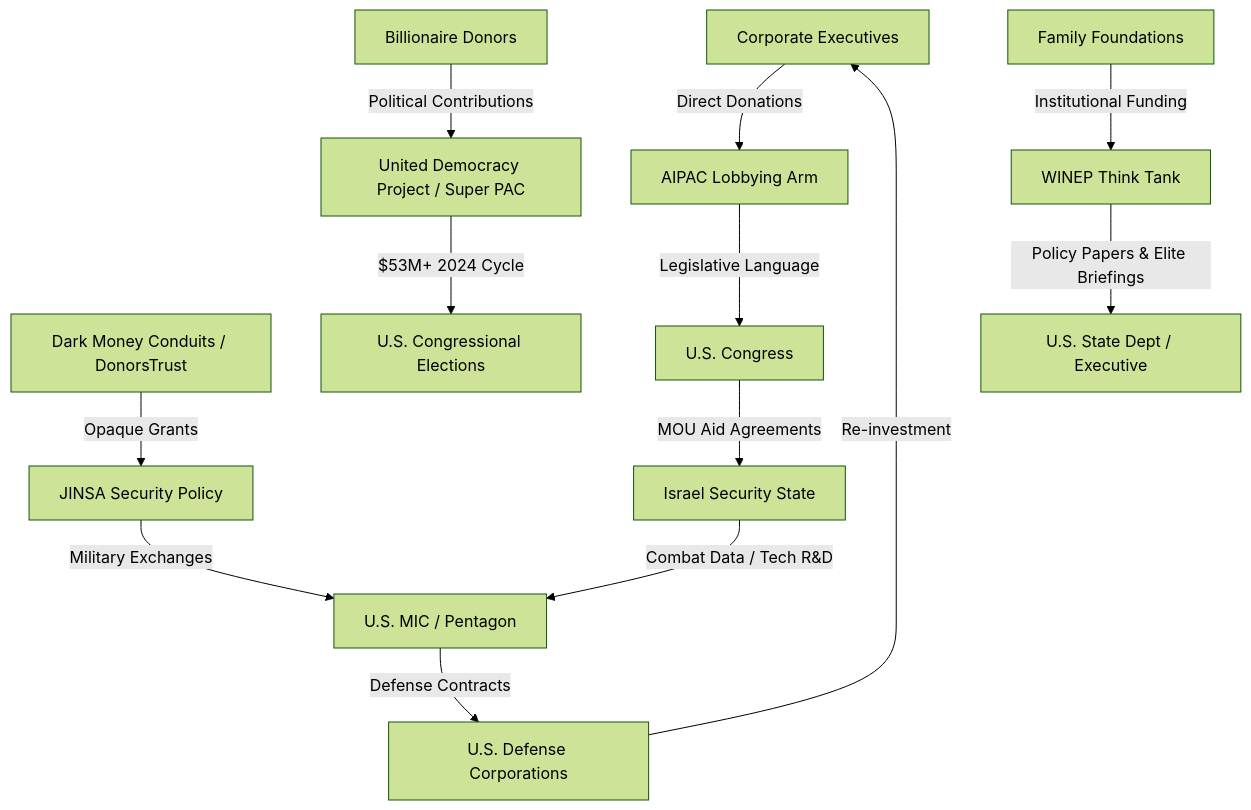
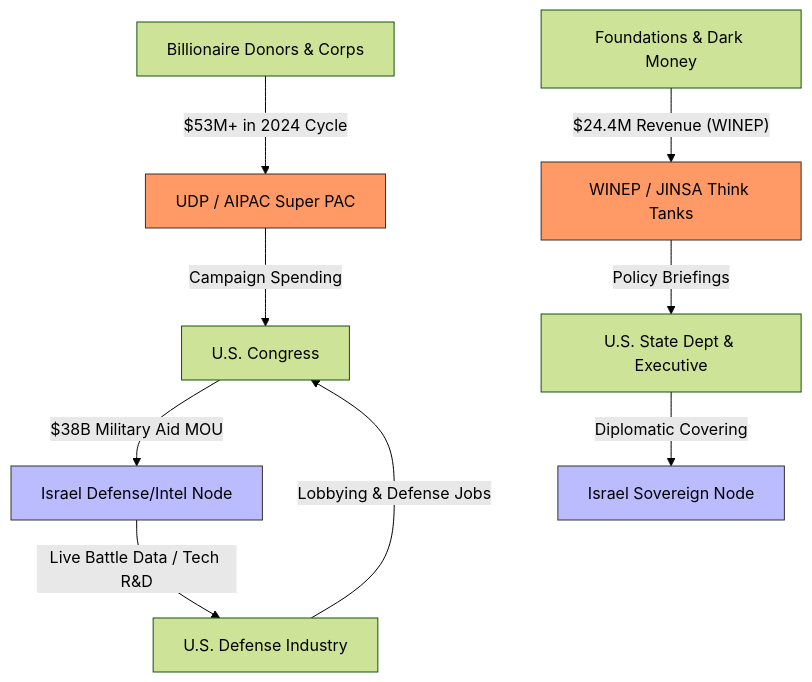
The diagram in knowledge_base/case-studies/09-zionism.md (ravaioli/solarpunk-mandala), drawn with Mermaid (forest theme) before and after one commit. The commit also changed other lines of this file, not shown here.

````diff
--- a/knowledge_base/case-studies/09-zionism.md
+++ b/knowledge_base/case-studies/09-zionism.md
@@ -37,20 +28,23 @@
 ```mermaid
 graph TD
     %% Donor Classes
-    D1[Billionaire Donors] --> |Political Contributions| UDP[United Democracy Project / Super PAC]
-    D2[Corporate Executives] --> |Direct Donations| AIPAC[AIPAC Lobbying Arm]
-    D3[Dark Money Conduits / DonorsTrust] --> |Opaque Grants| JINSA[JINSA Security Policy]
-    D4[Family Foundations] --> |Institutional Funding| WINEP[WINEP Think Tank]
+    D1[Billionaire Donors & Corps] -->|"$53M+ in 2024 Cycle"| UDP[UDP / AIPAC Super PAC]
+    D2[Foundations & Dark Money] -->|"$24.4M Revenue (WINEP)"| THINK[WINEP / JINSA Think Tanks]
 
-    %% Organizational Synergy
-    UDP --> |$53M+ 2024 Cycle| US_ELEC[U.S. Congressional Elections]
-    AIPAC --> |Legislative Language| CONGRESS[U.S. Congress]
-    WINEP --> |Policy Papers & Elite Briefings| STATE_DEPT[U.S. State Dept / Executive]
-    JINSA --> |Military Exchanges| PENTAGON[U.S. MIC / Pentagon]
-
-    %% Feedback Loops
-    CONGRESS --> |MOU Aid Agreements| ISR_GOV[Israel Security State]
-    ISR_GOV --> |Combat Data / Tech R&D| PENTAGON
-    PENTAGON --> |Defense Contracts| US_CORP[U.S. Defense Corporations]
-    US_CORP --> |Re-investment| D2
+    %% Influence Targets
+    UDP -->|Campaign Spending| CONG[U.S. Congress]
+    THINK -->|Policy Briefings| STATE[U.S. State Dept & Executive]
+    
+    %% The Resulting Loop
+    CONG -->|"$38B Military Aid MOU"| ISR_MIC[Israel Defense/Intel Node]
+    STATE -->|Diplomatic Covering| ISR_GOV[Israel Sovereign Node]
+    
+    %% Symbiosis & Data Flow
+    ISR_MIC -->|Live Battle Data / Tech R&D| US_MIC[U.S. Defense Industry]
+    US_MIC -->|Lobbying & Defense Jobs| CONG
+    
+    style UDP fill:#f96,stroke:#333
+    style THINK fill:#f96,stroke:#333
+    style ISR_MIC fill:#bbf,stroke:#333
+    style ISR_GOV fill:#bbf,stroke:#333
 ```
````
